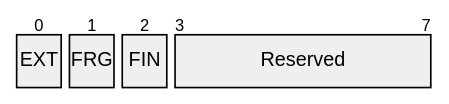
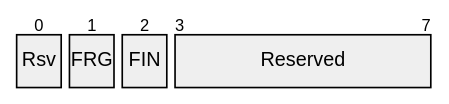
Before and after one commit to deftai/xumux: the third of 16 diagrams in README.md, drawn with Mermaid. The commit also changed other lines of this file and 6 other files, not shown here.

````diff
--- a/README.md
+++ b/README.md
@@ -106,8 +104,8 @@
 ```mermaid
 %%{init: {'theme': 'base', 'themeVariables': {'primaryTextColor': '#000000', 'secondaryTextColor': '#000000', 'tertiaryTextColor': '#000000', 'noteTextColor': '#000000', 'primaryColor': '#909090', 'secondaryColor': '#808080', 'tertiaryColor': '#707070', 'lineColor': '#404040', 'clusterBkg': '#c0c0c0', 'clusterBorder': '#606060'}}}%%
 packet-beta
-  0: "EXT"
+  0: "Rsv"
   1: "FRG"
   2: "FIN"
   3-7: "Reserved"
 ```
````
